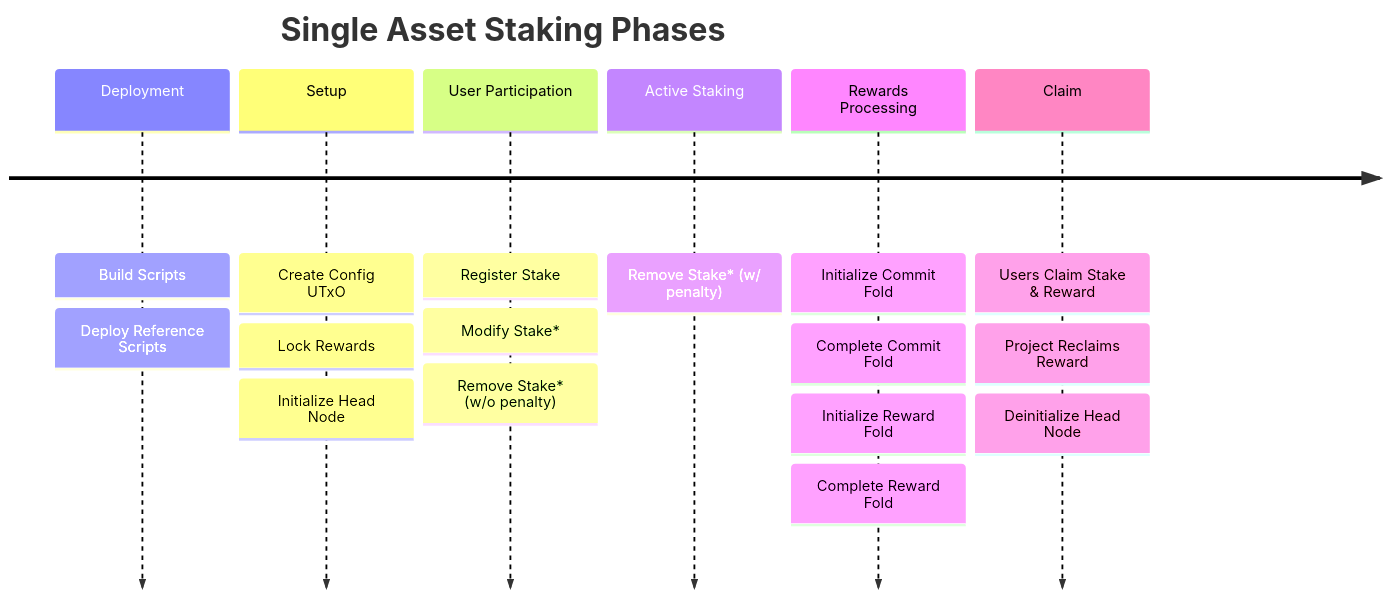
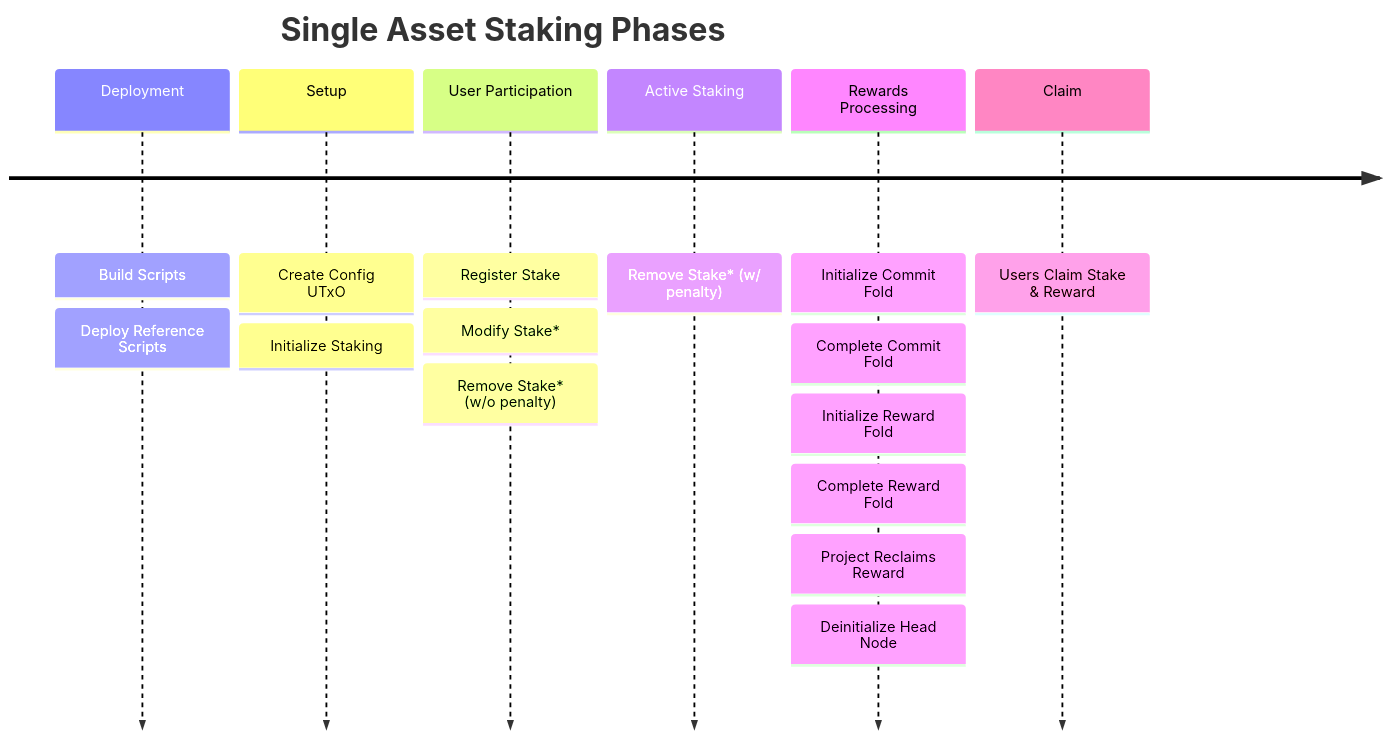
Before and after one commit to Anastasia-Labs/single-asset-staking-offchain: the first of 8 diagrams in README.md, drawn with Mermaid. The commit also changed other lines of this file, not shown here.

````diff
--- a/README.md
+++ b/README.md
@@ -56,27 +55,26 @@
 ```mermaid
 timeline
 
     title Single Asset Staking Phases
 
     Deployment : Build Scripts
                : Deploy Reference Scripts
 
     Setup : Create Config UTxO
-          : Lock Rewards
-          : Initialize Head Node
+          : Initialize Staking
 
     User Participation : Register Stake
                        : Modify Stake*
                        : Remove Stake* (w/o penalty)
 
     Active Staking : Remove Stake* (w/ penalty)
 
     Rewards Processing : Initialize Commit Fold
                        : Complete Commit Fold
                        : Initialize Reward Fold
                        : Complete Reward Fold
+                       : Project Reclaims Reward
+                       : Deinitialize Head Node
 
     Claim : Users Claim Stake & Reward
-          : Project Reclaims Reward
-          : Deinitialize Head Node
 ```
````
